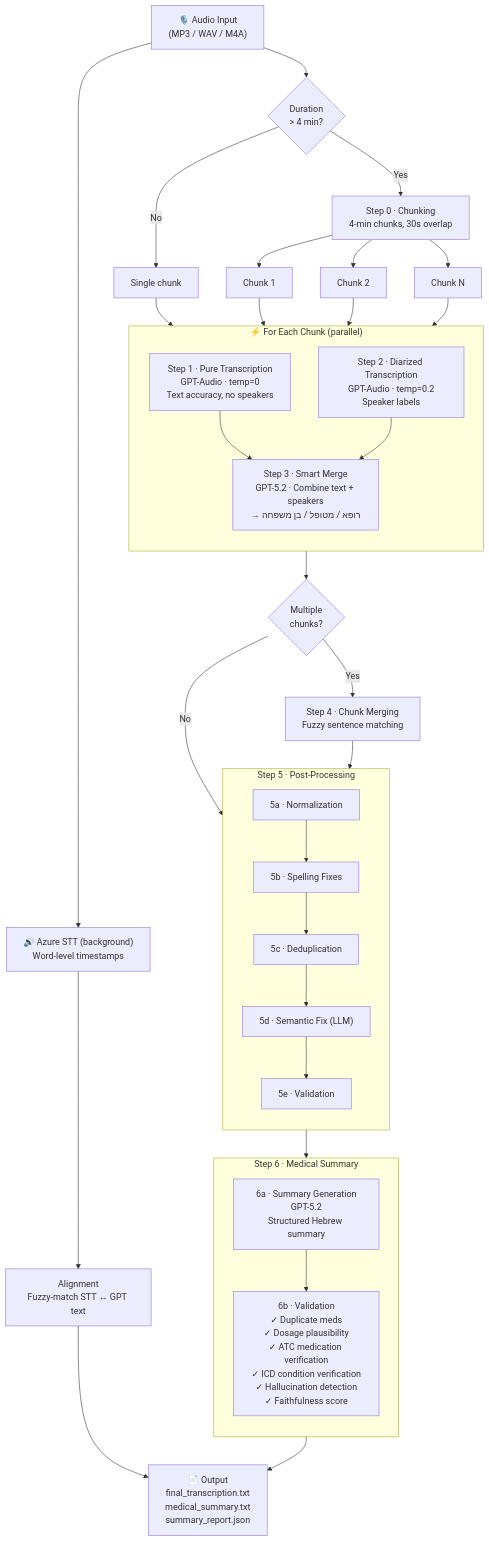
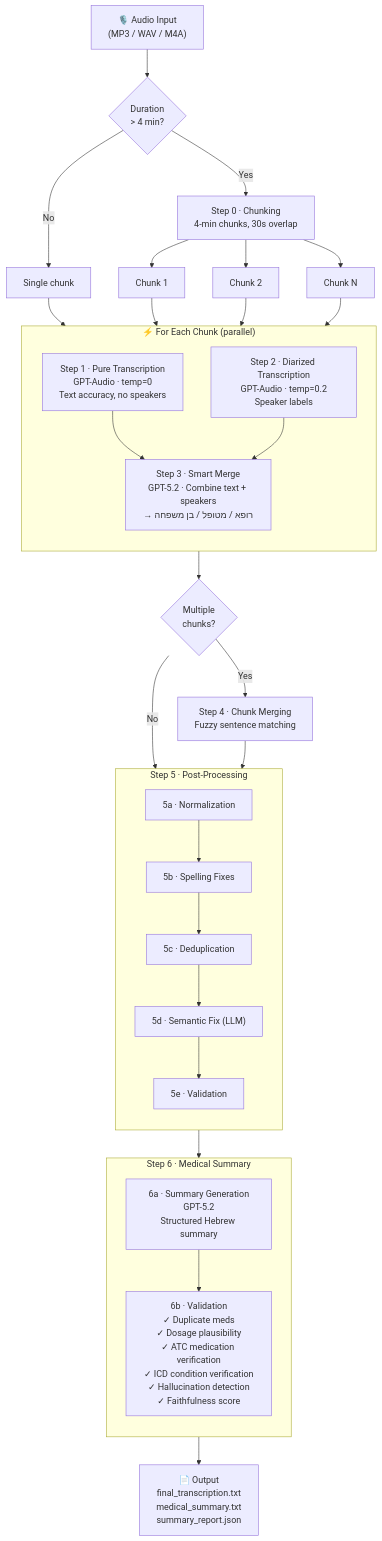
Before and after one commit to roie9876/medical-diarization: the diagram in README.md, drawn with Mermaid. The commit also changed other lines of this file and 15 other files, not shown here.

First line of the commit message:
Remove Azure STT, add dynamic ports, expand README pipeline docs

````diff
--- a/README.md
+++ b/README.md
@@ -23,54 +22,50 @@
 ```mermaid
 flowchart TD
     A["🎙️ Audio Input<br/>(MP3 / WAV / M4A)"]
     A --> B{"Duration<br/>> 4 min?"}
 
     B -- No --> D1["Single chunk"]
     B -- Yes --> C["Step 0 · Chunking<br/>4-min chunks, 30s overlap"]
     C --> D2["Chunk 1"]
     C --> D3["Chunk 2"]
     C --> D4["Chunk N"]
 
     D1 --> PAR
     D2 --> PAR
     D3 --> PAR
     D4 --> PAR
 
     subgraph PAR["⚡ For Each Chunk (parallel)"]
         direction TB
         E1["Step 1 · Pure Transcription<br/>GPT-Audio · temp=0<br/>Text accuracy, no speakers"]
         E2["Step 2 · Diarized Transcription<br/>GPT-Audio · temp=0.2<br/>Speaker labels"]
         E1 --> F["Step 3 · Smart Merge<br/>GPT-5.2 · Combine text + speakers<br/>→ רופא / מטופל / בן משפחה"]
         E2 --> F
     end
 
     PAR --> G{"Multiple<br/>chunks?"}
     G -- Yes --> H["Step 4 · Chunk Merging<br/>Fuzzy sentence matching"]
     G -- No --> I
     H --> I
 
     subgraph I["Step 5 · Post-Processing"]
         direction TB
         SA["5a · Normalization"]
         SB["5b · Spelling Fixes"]
         SC["5c · Deduplication"]
         SD["5d · Semantic Fix (LLM)"]
         SE["5e · Validation"]
         SA --> SB --> SC --> SD --> SE
     end
 
     I --> K
 
     subgraph K["Step 6 · Medical Summary"]
         direction TB
         K1["6a · Summary Generation<br/>GPT-5.2<br/>Structured Hebrew summary"]
         K2["6b · Validation<br/>✓ Duplicate meds<br/>✓ Dosage plausibility<br/>✓ ATC medication verification<br/>✓ ICD condition verification<br/>✓ Hallucination detection<br/>✓ Faithfulness score"]
         K1 --> K2
     end
 
     K --> J["📄 Output<br/>final_transcription.txt<br/>medical_summary.txt<br/>summary_report.json"]
-
-    A --> STT["🔊 Azure STT (background)<br/>Word-level timestamps"]
-    STT --> ALIGN["Alignment<br/>Fuzzy-match STT ↔ GPT text"]
-    ALIGN --> J
 ```
````
